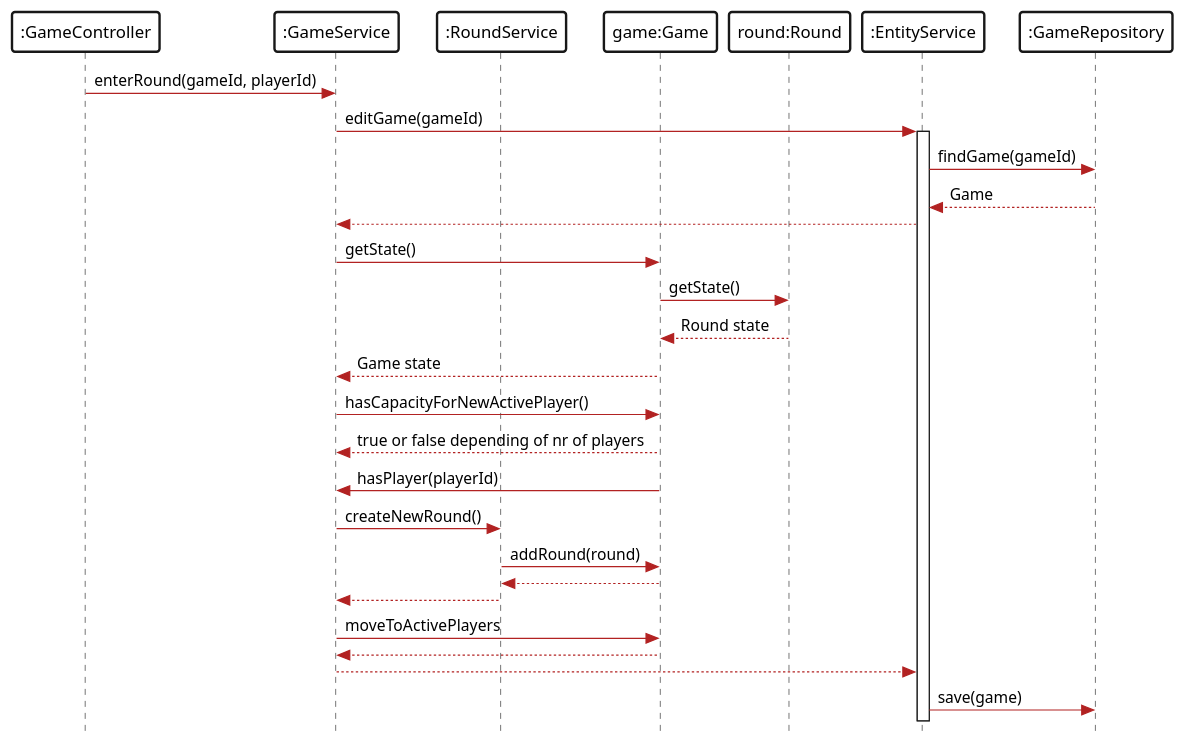
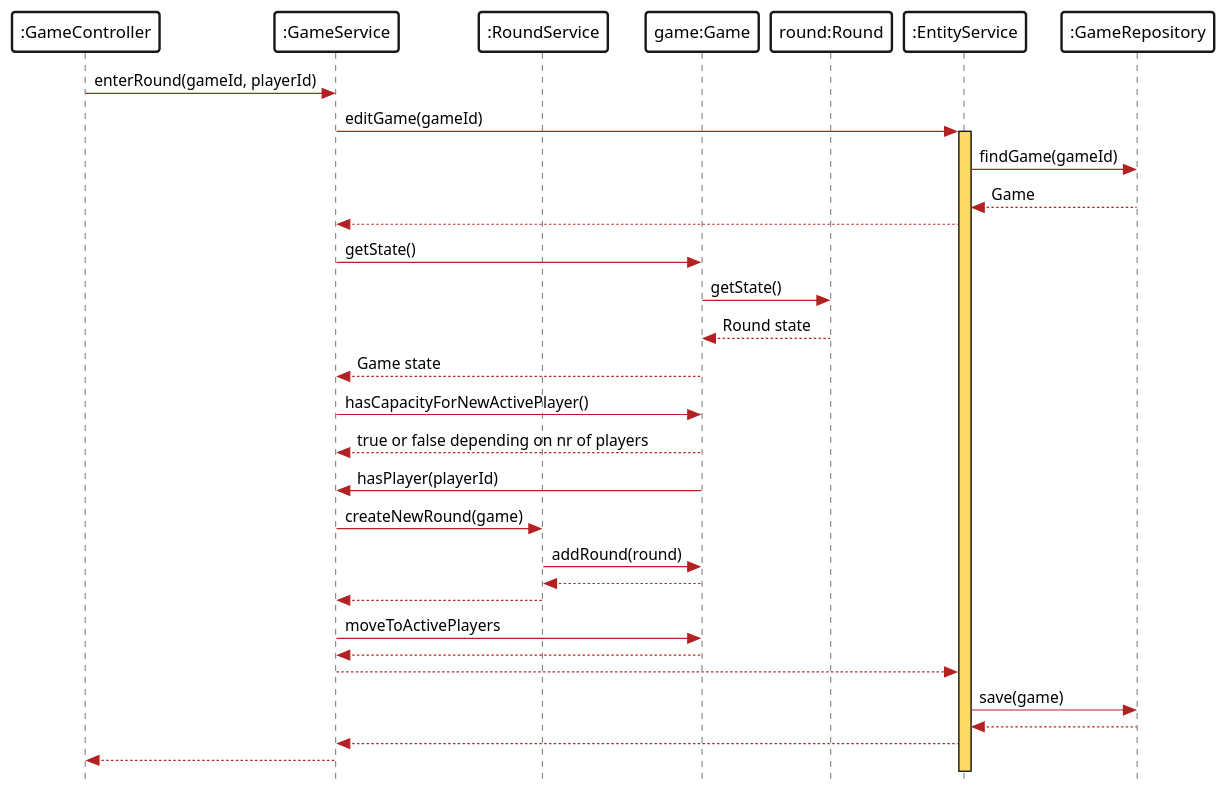
The diagram in docs/diagrams/SSD_start_new_round.plantuml (patrickwinti/worldwidewalter), drawn with PlantUML before and after one commit. The commit also changed 3 other files, not shown here.

```diff
--- a/docs/diagrams/SSD_start_new_round.plantuml
+++ b/docs/diagrams/SSD_start_new_round.plantuml
@@ -1,48 +1,52 @@
 @startuml
 skinparam sequence {
     BackgroundColor white
     BorderColor Black
     ArrowColor Firebrick
     BorderThickness 2
+    LifeLineBackgroundColor #FFD966
 }
 skinparam Note{
     BorderColor #FFD966
     BackgroundColor #FFD966
 }
 skinparam participant {
     BackgroundColor white
     BorderThickness 2
 }
 skinparam responseMessageBelowArrow true
 skinparam style strictuml
 
 participant ":GameController" as gc
 participant ":GameService" as gs
 participant ":RoundService" as rs
 participant "game:Game" as game
 participant "round:Round" as round
 participant ":EntityService" as ges
 participant ":GameRepository" as gr
 
 gc -> gs: enterRound(gameId, playerId)
 gs -> ges: editGame(gameId)
 activate ges
 ges -> gr : findGame(gameId)
 gr  --> ges: Game
 ges --> gs
 gs -> game: getState()
 game -> round: getState()
 round --> game: Round state
 game --> gs: Game state
 gs -> game: hasCapacityForNewActivePlayer()
-game --> gs: true or false depending of nr of players
+game --> gs: true or false depending on nr of players
 game -> gs: hasPlayer(playerId)
-gs -> rs :createNewRound()
+gs -> rs :createNewRound(game)
 rs -> game :addRound(round)
 game --> rs
 rs -->gs
 gs -> game : moveToActivePlayers
 game --> gs
 gs-->ges
 ges -> gr : save(game)
+gr --> ges
+ges --> gs
+gs --> gc
 @enduml
```
